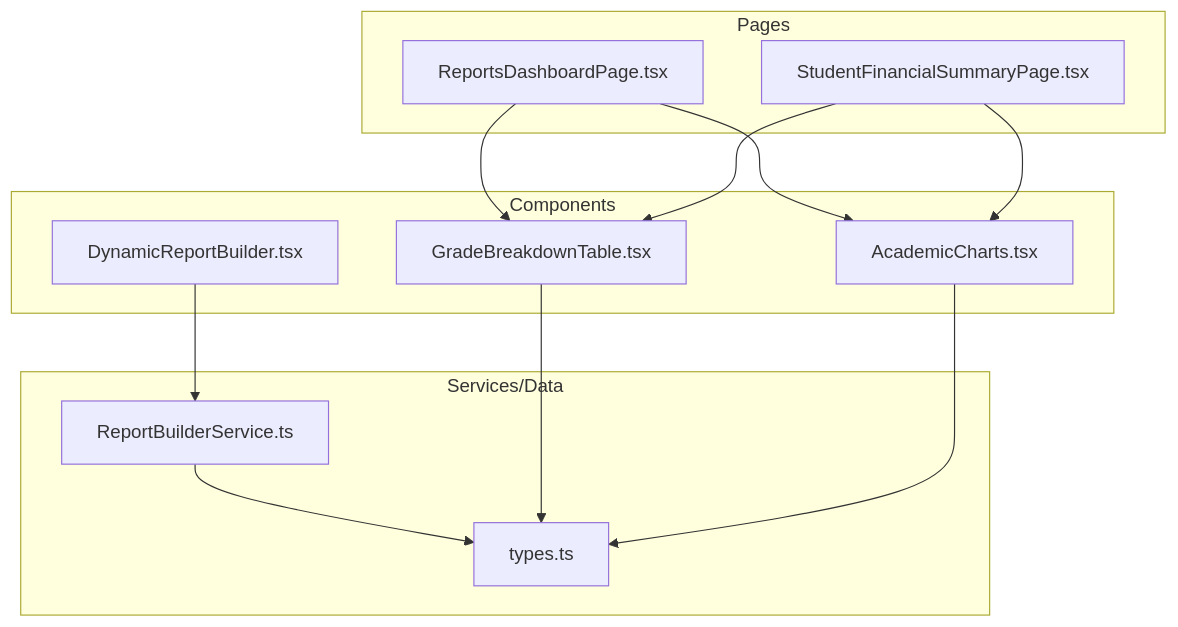
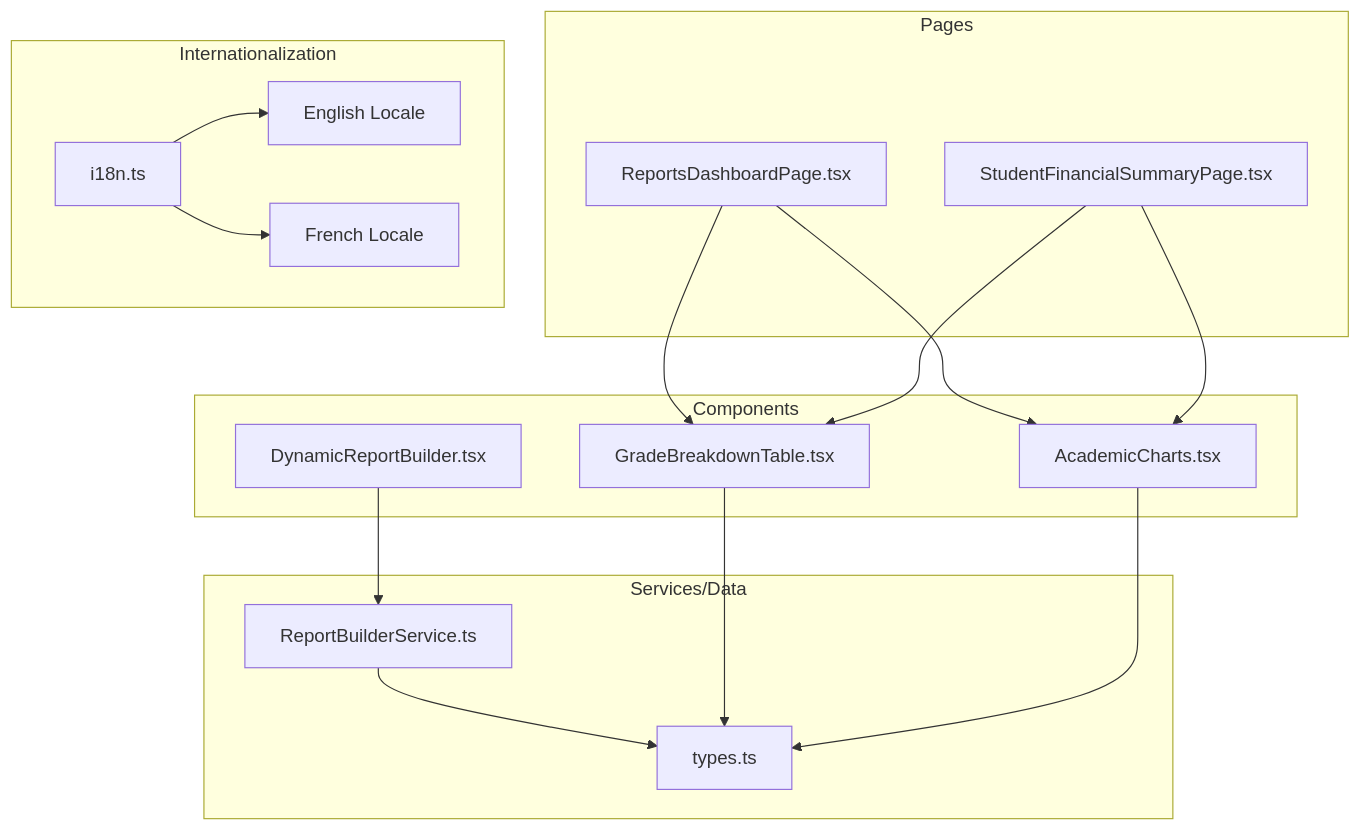
One commit to geniusdynamics/schoolpilot changed the first of 10 diagrams in .qoder/repowiki/en/content/Modules System/Reports Module.md. Above: the diagram before and after it, drawn with Mermaid. The commit also changed other lines of this file and 16 other files, not shown here.

````diff
--- a/.qoder/repowiki/en/content/Modules System/Reports Module.md
+++ b/.qoder/repowiki/en/content/Modules System/Reports Module.md
@@ -35,24 +46,31 @@
 ```mermaid
 graph TB
 subgraph "Pages"
 RDP["ReportsDashboardPage.tsx"]
 SFP["StudentFinancialSummaryPage.tsx"]
 end
 subgraph "Components"
 GBT["GradeBreakdownTable.tsx"]
 AC["AcademicCharts.tsx"]
 DRB["DynamicReportBuilder.tsx"]
 end
 subgraph "Services/Data"
 TYP["types.ts"]
 RBS["ReportBuilderService.ts"]
 end
+subgraph "Internationalization"
+I18N["i18n.ts"]
+EN["English Locale"]
+FR["French Locale"]
+end
 RDP --> GBT
 RDP --> AC
 SFP --> GBT
 SFP --> AC
 DRB --> RBS
 RBS --> TYP
 GBT --> TYP
 AC --> TYP
+I18N --> EN
+I18N --> FR
 ```
````
